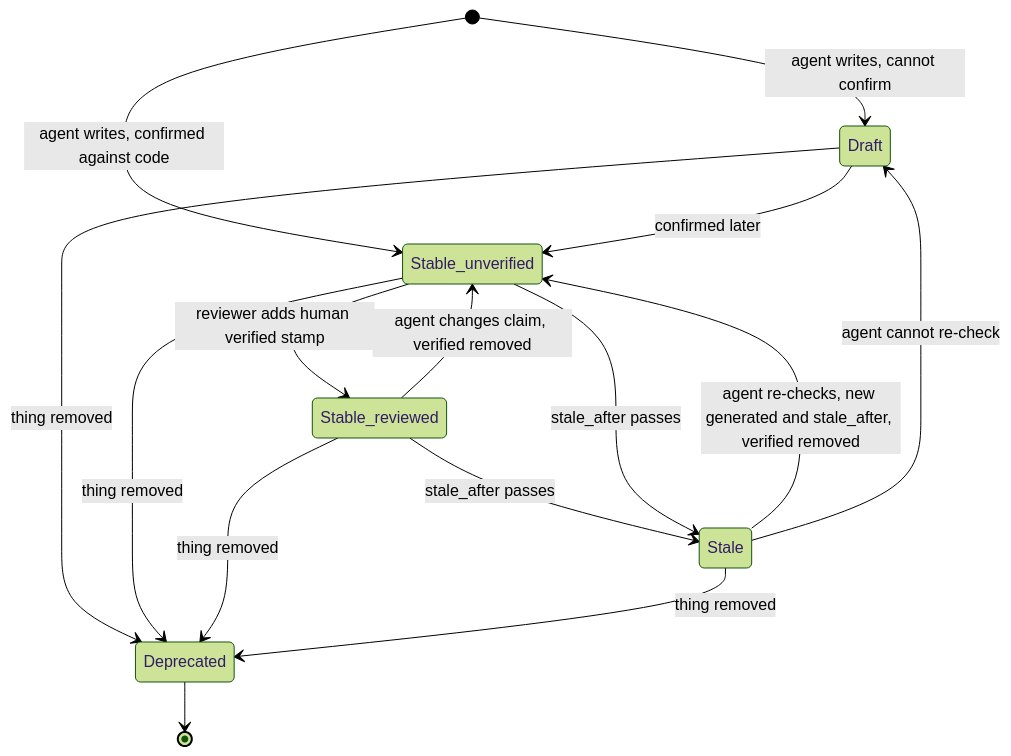
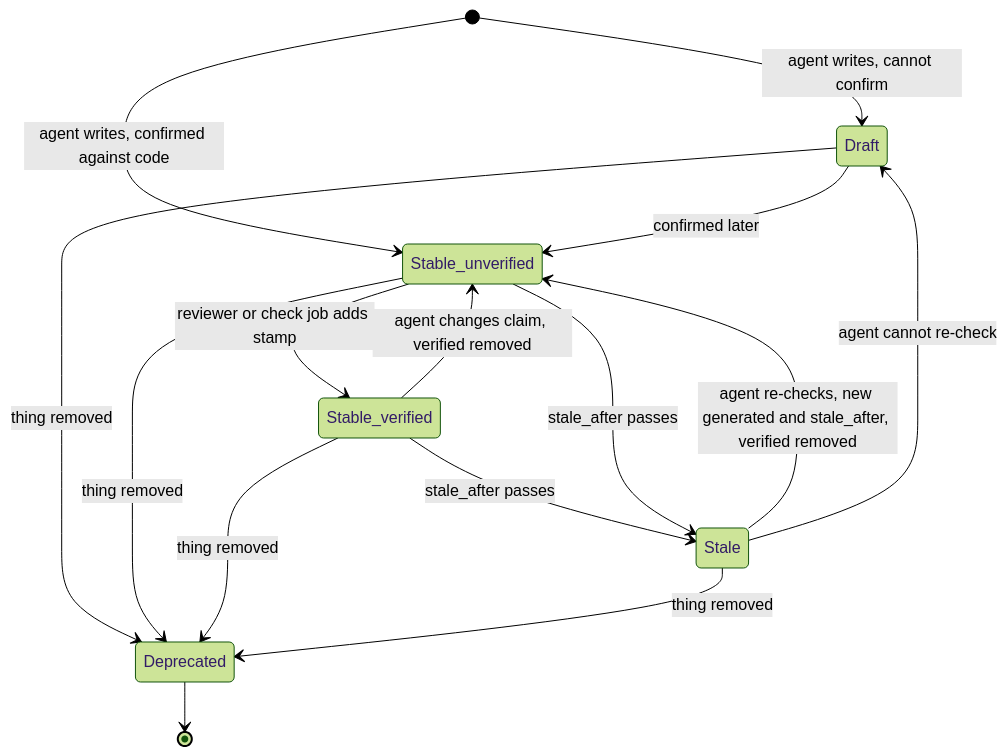
One commit to tuan-nng/compass changed the third of 3 diagrams in docs/design/okf-knowledge-system-ux.md. Above: the diagram before and after it, drawn with Mermaid (forest theme). The commit also changed other lines of this file, not shown here.

First line of the commit message:
docs(okf): add check job, index CI check and date-only option

````diff
--- a/docs/design/okf-knowledge-system-ux.md
+++ b/docs/design/okf-knowledge-system-ux.md
@@ -337,17 +368,17 @@
 ```mermaid
 stateDiagram-v2
   [*] --> Draft: agent writes, cannot confirm
   [*] --> Stable_unverified: agent writes, confirmed against code
   Draft --> Stable_unverified: confirmed later
-  Stable_unverified --> Stable_reviewed: reviewer adds human verified stamp
-  Stable_reviewed --> Stale: stale_after passes
+  Stable_unverified --> Stable_verified: reviewer or check job adds stamp
+  Stable_verified --> Stale: stale_after passes
   Stable_unverified --> Stale: stale_after passes
   Stale --> Stable_unverified: agent re-checks, new generated and stale_after, verified removed
   Stale --> Draft: agent cannot re-check
-  Stable_reviewed --> Stable_unverified: agent changes claim, verified removed
+  Stable_verified --> Stable_unverified: agent changes claim, verified removed
   Draft --> Deprecated: thing removed
   Stable_unverified --> Deprecated: thing removed
-  Stable_reviewed --> Deprecated: thing removed
+  Stable_verified --> Deprecated: thing removed
   Stale --> Deprecated: thing removed
   Deprecated --> [*]
 ```
````
